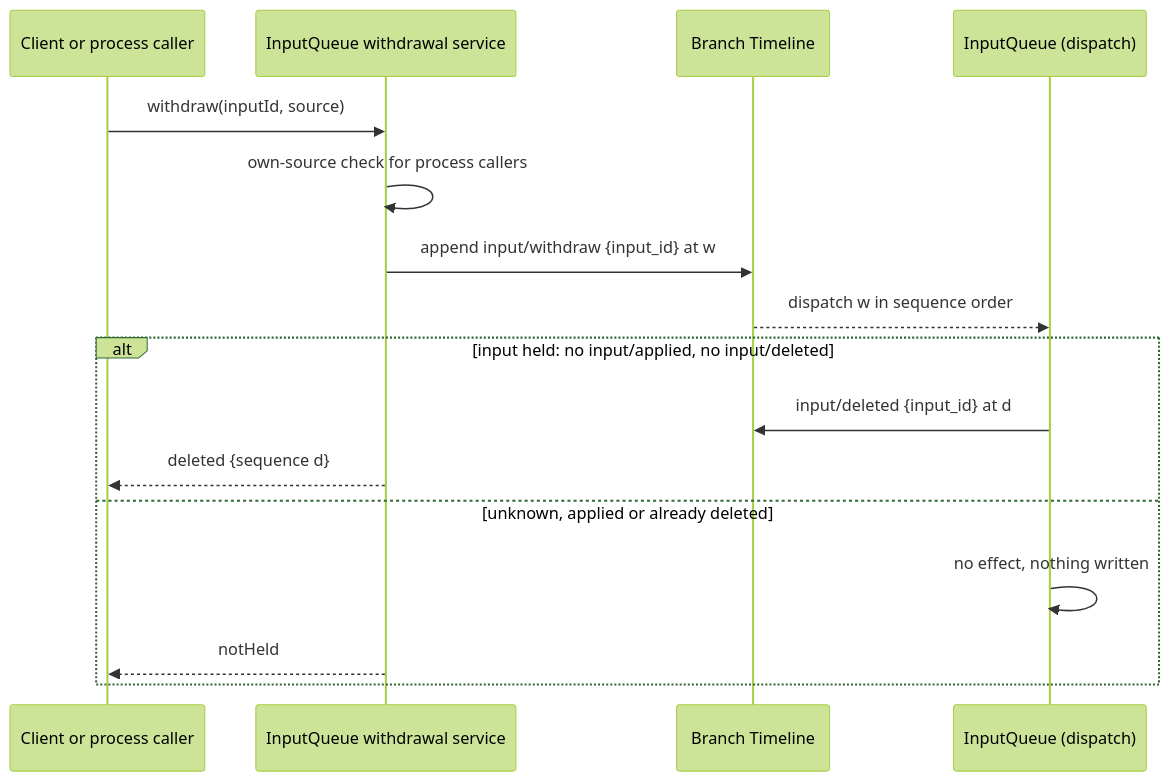
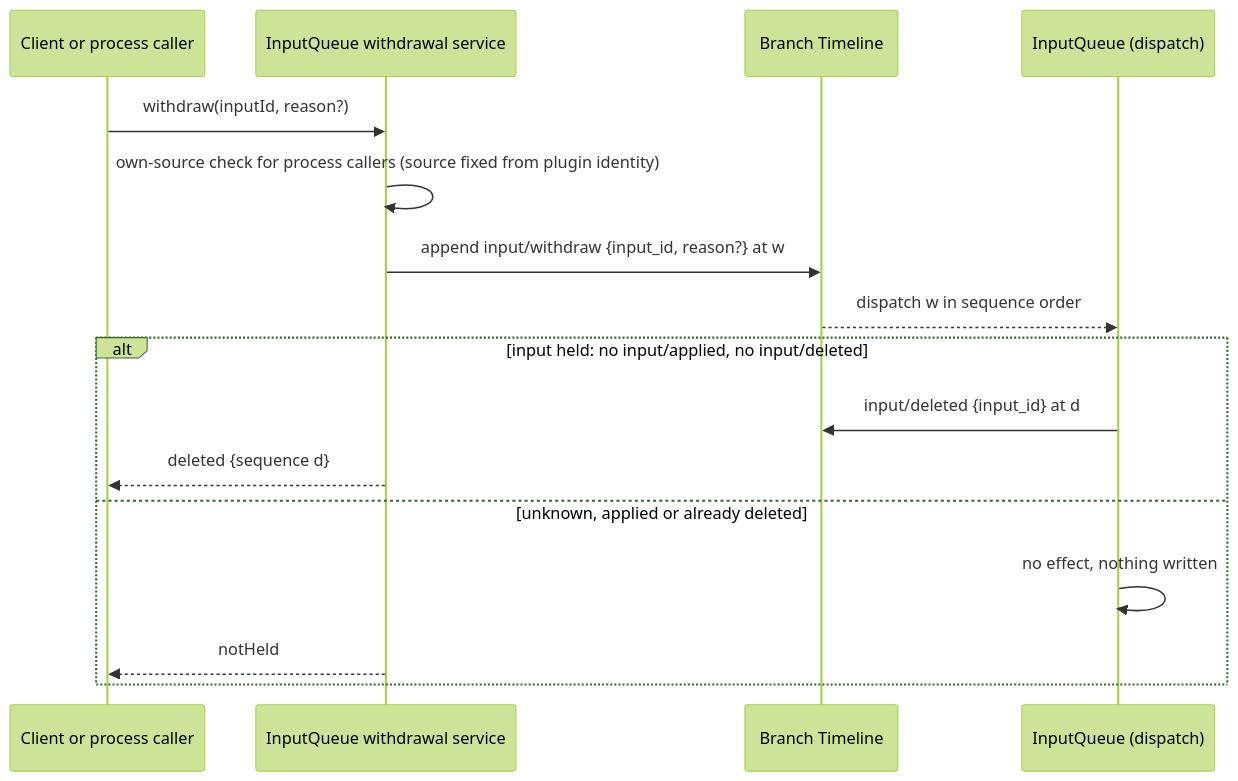
One commit to CoutinhoTTS/dim-agent changed the third of 3 diagrams in docs/design/contracts/session-access.md. Above: the diagram before and after it, drawn with Mermaid (forest theme). The commit also changed other lines of this file and 40 other files, not shown here.

````diff
--- a/docs/design/contracts/session-access.md
+++ b/docs/design/contracts/session-access.md
@@ -101,18 +97,18 @@
 ```mermaid
 sequenceDiagram
   participant C as Client or process caller
   participant W as InputQueue withdrawal service
   participant TL as Branch Timeline
   participant IQ as InputQueue (dispatch)
-  C->>W: withdraw(inputId, source)
-  W->>W: own-source check for process callers
-  W->>TL: append input/withdraw {input_id} at w
+  C->>W: withdraw(inputId, reason?)
+  W->>W: own-source check for process callers (source fixed from plugin identity)
+  W->>TL: append input/withdraw {input_id, reason?} at w
   TL-->>IQ: dispatch w in sequence order
   alt input held: no input/applied, no input/deleted
     IQ->>TL: input/deleted {input_id} at d
     W-->>C: deleted {sequence d}
   else unknown, applied or already deleted
     IQ->>IQ: no effect, nothing written
     W-->>C: notHeld
   end
 ```
````
